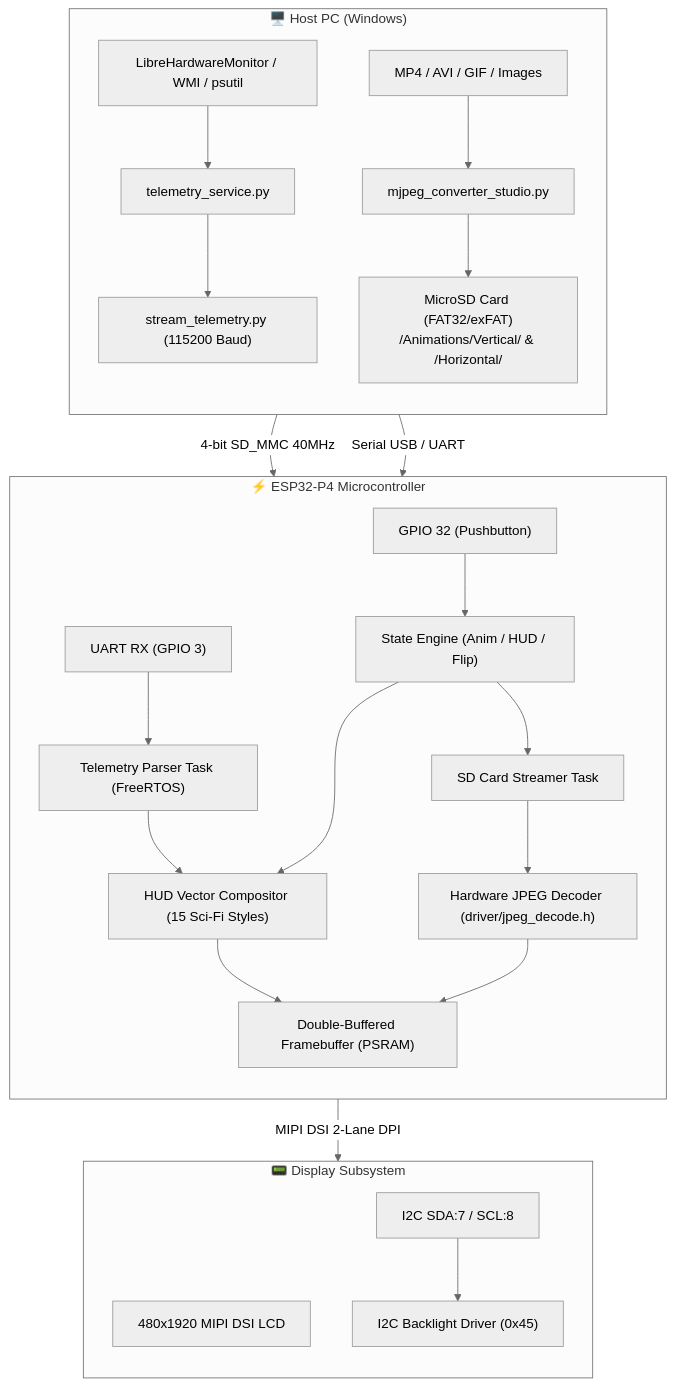
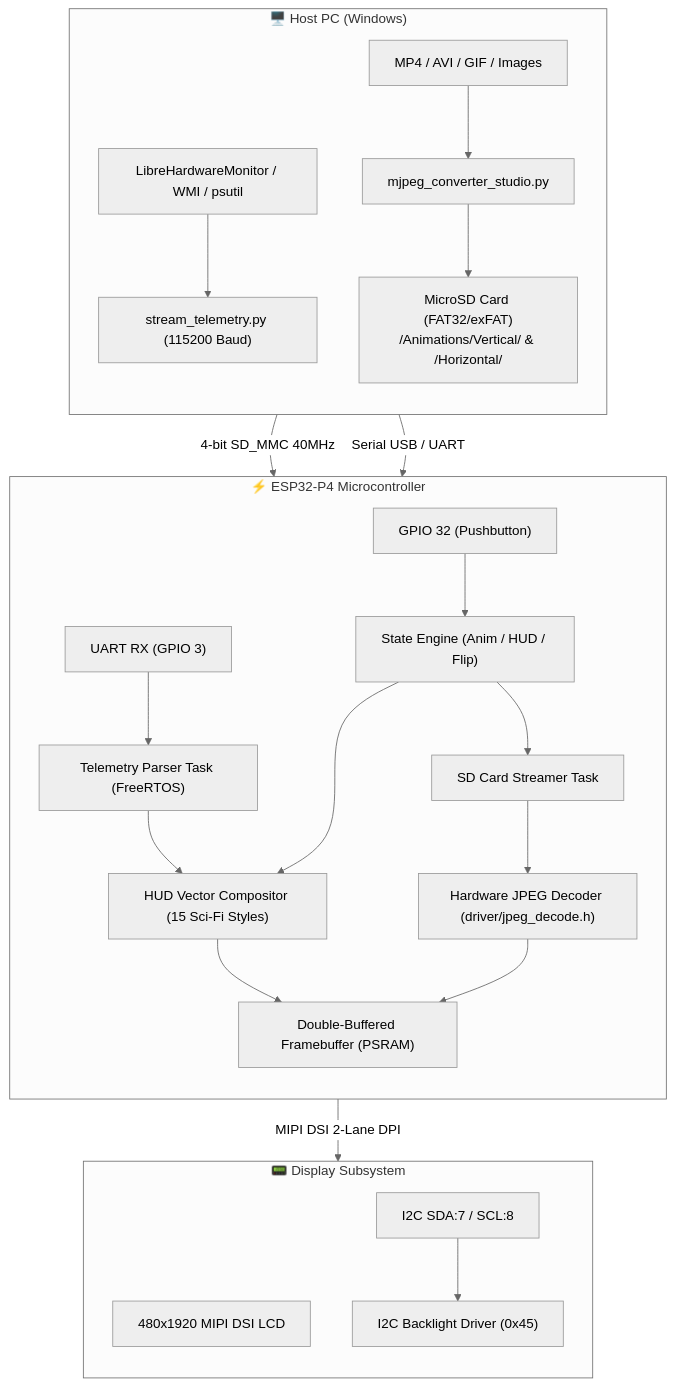
The diagram in README.md (MukeshSankhla/ESP32_P4_DSI), drawn with Mermaid (neutral theme) before and after one commit. The commit also changed other lines of this file, not shown here.

````diff
--- a/README.md
+++ b/README.md
@@ -40,31 +40,30 @@
 ```mermaid
 flowchart TD
     subgraph Host_PC["🖥️ Host PC (Windows)"]
         direction TB
-        LHM["LibreHardwareMonitor / WMI / psutil"] --> TS["telemetry_service.py"]
-        TS --> ST["stream_telemetry.py (115200 Baud)"]
+        LHM["LibreHardwareMonitor / WMI / psutil"] --> ST["stream_telemetry.py (115200 Baud)"]
         VideoFiles["MP4 / AVI / GIF / Images"] --> Studio["mjpeg_converter_studio.py"]
         Studio --> MicroSD["MicroSD Card (FAT32/exFAT)\n/Animations/Vertical/ & /Horizontal/"]
     end
 
     subgraph ESP32_P4["⚡ ESP32-P4 Microcontroller"]
         direction TB
         SerialIn["UART RX (GPIO 3)"] --> TelParser["Telemetry Parser Task (FreeRTOS)"]
         MicroSD -->|4-bit SD_MMC 40MHz| SDReader["SD Card Streamer Task"]
         SDReader --> HwJpeg["Hardware JPEG Decoder (driver/jpeg_decode.h)"]
         HwJpeg --> FrameBuf["Double-Buffered Framebuffer (PSRAM)"]
         TelParser --> HUDComp["HUD Vector Compositor (15 Sci-Fi Styles)"]
         HUDComp --> FrameBuf
         ButtonPin["GPIO 32 (Pushbutton)"] --> StateEngine["State Engine (Anim / HUD / Flip)"]
         StateEngine --> SDReader
         StateEngine --> HUDComp
     end
 
     subgraph Display_Unit["📟 Display Subsystem"]
         direction TB
         FrameBuf -->|MIPI DSI 2-Lane DPI| MIPIDSI["480x1920 MIPI DSI LCD"]
         I2CBus["I2C SDA:7 / SCL:8"] --> Backlight["I2C Backlight Driver (0x45)"]
     end
 
     ST -->|Serial USB / UART| SerialIn
 ```
````
